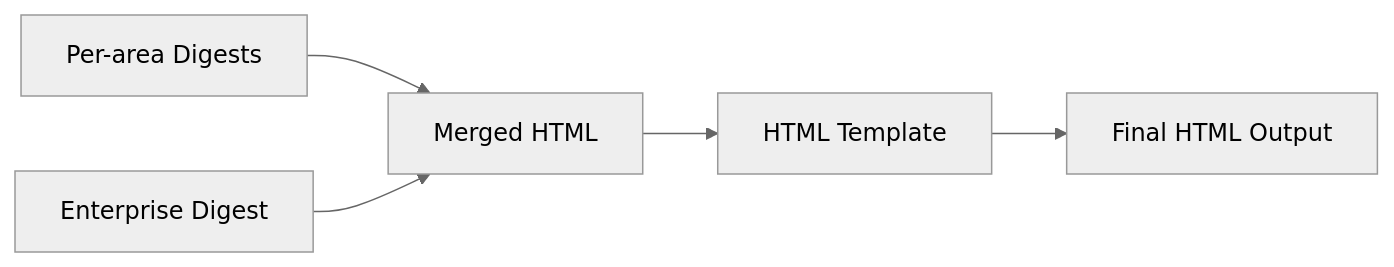
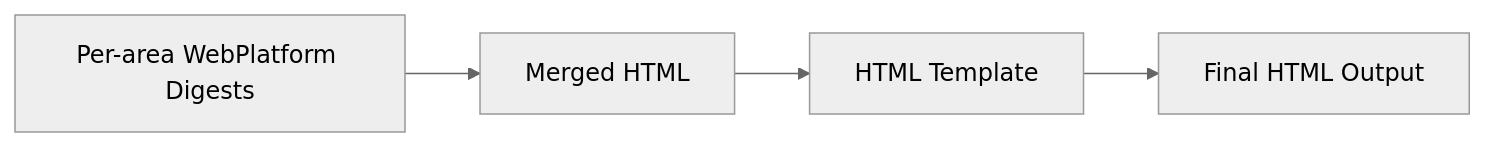
The fourth of 4 diagrams in project_docs/tech_docs/technical-overview.md (novac42/chrome-update-digest), drawn with Mermaid (neutral theme) before and after one commit. The commit also changed other lines of this file and 61 other files, not shown here.

Commit message:
decoupled from enterprise digest

````diff
--- a/project_docs/tech_docs/technical-overview.md
+++ b/project_docs/tech_docs/technical-overview.md
@@ -216,7 +192,6 @@
 ```mermaid
 graph LR
-    A[Per-area Digests] --> C[Merged HTML]
-    B[Enterprise Digest] --> C
-    C --> D[HTML Template]
-    D --> E[Final HTML Output]
+    A[Per-area WebPlatform Digests] --> B[Merged HTML]
+    B --> C[HTML Template]
+    C --> D[Final HTML Output]
 ```
````
